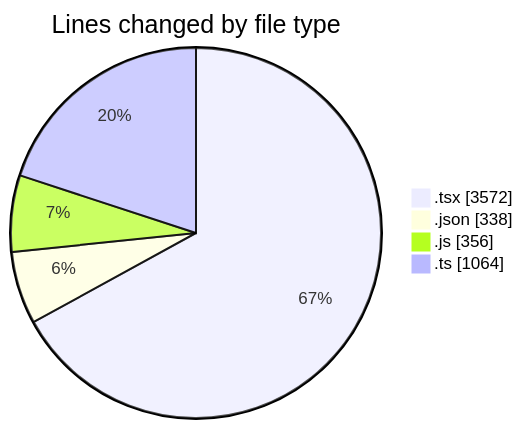
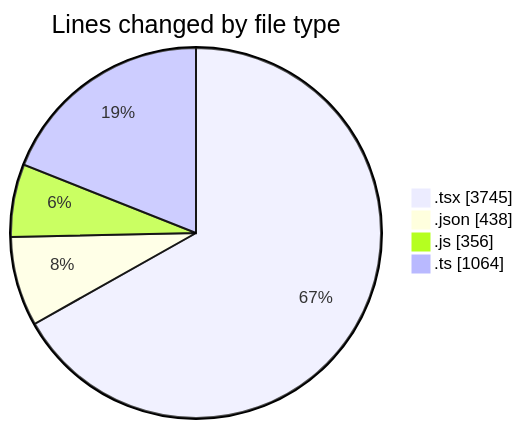
One commit to momahboobian/code-tracking changed the first of 2 diagrams in 2026-08-07/cda/README.md. Above: the diagram before and after it, drawn with Mermaid. The commit also changed other lines of this file and 1 other file, not shown here.

````diff
--- a/2026-08-07/cda/README.md
+++ b/2026-08-07/cda/README.md
@@ -33,8 +33,8 @@
 ```mermaid
 pie showData
 title Lines changed by file type
-".tsx" : 3572
-".json" : 338
+".tsx" : 3745
+".json" : 438
 ".js" : 356
 ".ts" : 1064
 ```
````
